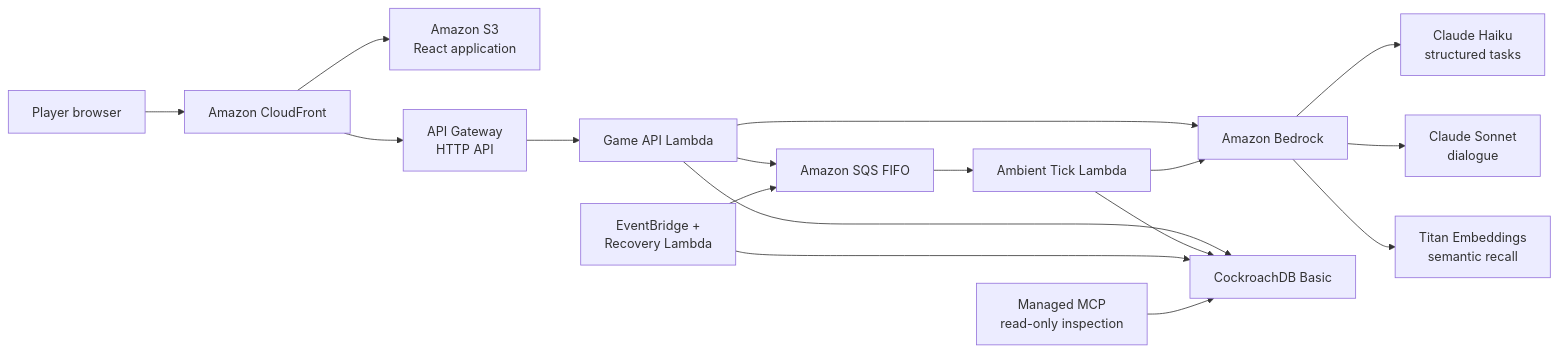
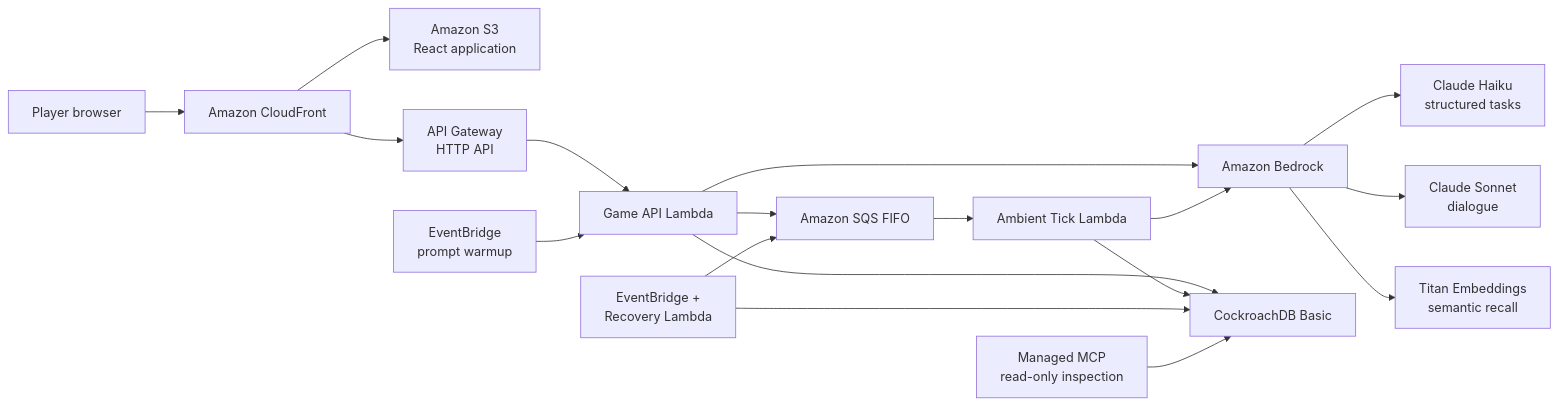
The diagram in docs/003-technical-architecture-and-schema.md (aishahsofea/the-town-remembers), drawn with Mermaid before and after one commit. The commit also changed other lines of this file and 14 other files, not shown here.

````diff
--- a/docs/003-technical-architecture-and-schema.md
+++ b/docs/003-technical-architecture-and-schema.md
@@ -29,34 +29,36 @@
 ```mermaid
 flowchart LR
     Browser["Player browser"]
     CloudFront["Amazon CloudFront"]
     S3["Amazon S3<br/>React application"]
     Gateway["API Gateway<br/>HTTP API"]
     Game["Game API Lambda"]
     Bedrock["Amazon Bedrock"]
     Haiku["Claude Haiku<br/>structured tasks"]
     Sonnet["Claude Sonnet<br/>dialogue"]
     Titan["Titan Embeddings<br/>semantic recall"]
     Database["CockroachDB Basic"]
     Queue["Amazon SQS FIFO"]
     Tick["Ambient Tick Lambda"]
     Recovery["EventBridge +<br/>Recovery Lambda"]
+    Warmup["EventBridge<br/>prompt warmup"]
     MCP["Managed MCP<br/>read-only inspection"]
 
     Browser --> CloudFront
     CloudFront --> S3
     CloudFront --> Gateway
     Gateway --> Game
     Game --> Database
     Game --> Bedrock
     Bedrock --> Haiku
     Bedrock --> Sonnet
     Bedrock --> Titan
     Game --> Queue
     Queue --> Tick
     Tick --> Bedrock
     Tick --> Database
     Recovery --> Database
     Recovery --> Queue
+    Warmup --> Game
     MCP --> Database
 ```
````
